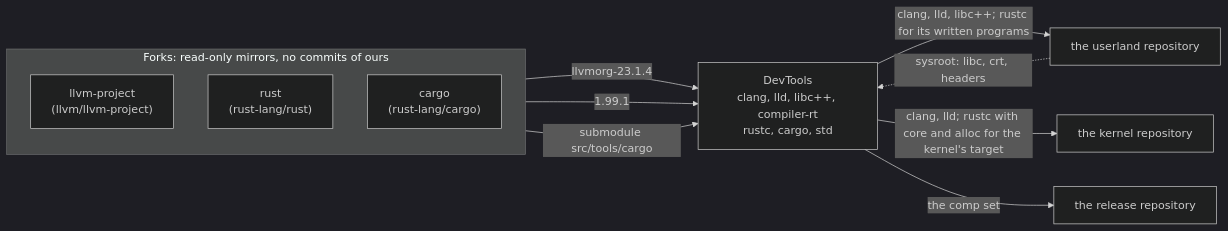
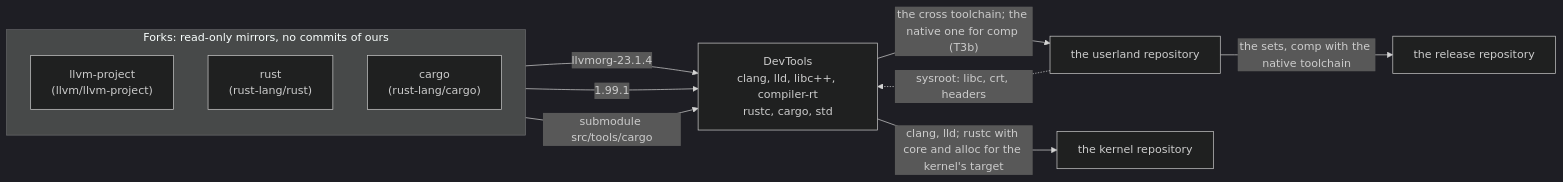
The diagram in docs/TOOLCHAIN.md (EmiBSD/DevTools), drawn with Mermaid (dark theme) before and after one commit. The commit also changed other lines of this file and 5 other files, not shown here.

First line of the commit message:
docs: the userland assembles comp; a native toolchain as T3b (D-0009)

````diff
--- a/docs/TOOLCHAIN.md
+++ b/docs/TOOLCHAIN.md
@@ -15,21 +15,21 @@
 ```mermaid
 flowchart LR
     subgraph forks["Forks: read-only mirrors, no commits of ours"]
         direction TB
         llvm["llvm-project<br/>(llvm/llvm-project)"]
         rust["rust<br/>(rust-lang/rust)"]
         cargo["cargo<br/>(rust-lang/cargo)"]
     end
     dev["DevTools<br/>clang, lld, libc++, compiler-rt<br/>rustc, cargo, std"]
     ul["the userland repository"]
     k["the kernel repository"]
     os["the release repository"]
 
     llvm -- "llvmorg-23.1.4" --> dev
     rust -- "1.99.1" --> dev
     cargo -- "submodule src/tools/cargo" --> dev
-    dev -- "clang, lld, libc++; rustc for its written programs" --> ul
+    dev -- "the cross toolchain; the native one for comp (T3b)" --> ul
     dev -- "clang, lld; rustc with core and alloc for the kernel's target" --> k
-    dev -- "the comp set" --> os
+    ul -- "the sets, comp with the native toolchain" --> os
     ul -. "sysroot: libc, crt, headers" .-> dev
 ```
````
